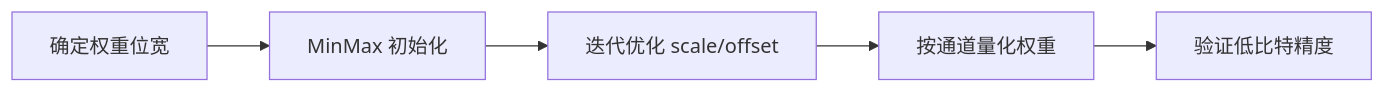
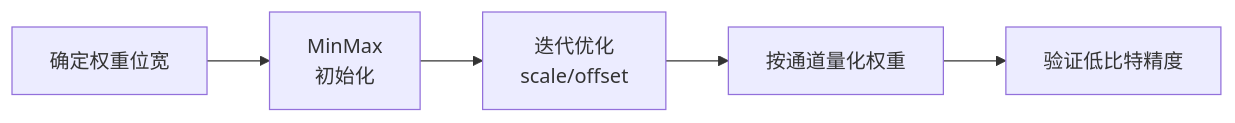
Before and after one commit to mindstudio-docs/master: the diagram in msmodelslim/docs/zh/knowledge_base/quantization_algorithms/ssz/usage_ssz.md, drawn with Mermaid. The commit also changed other lines of this file and 235 other files, not shown here.

````diff
--- a/msmodelslim/docs/zh/knowledge_base/quantization_algorithms/ssz/usage_ssz.md
+++ b/msmodelslim/docs/zh/knowledge_base/quantization_algorithms/ssz/usage_ssz.md
@@ -24,7 +27,7 @@
 ```mermaid
 flowchart LR
-    A[确定权重位宽] --> B[MinMax 初始化]
-    B[MinMax 初始化] --> C[迭代优化 scale/offset]
-    C[迭代优化 scale/offset] --> D[按通道量化权重]
-    D[按通道量化权重] --> E[验证低比特精度]
+    A[确定权重位宽] --> B[MinMax<br/>初始化]
+    B --> C[迭代优化<br/>scale/offset]
+    C --> D[按通道量化权重]
+    D --> E[验证低比特精度]
 ```
````
